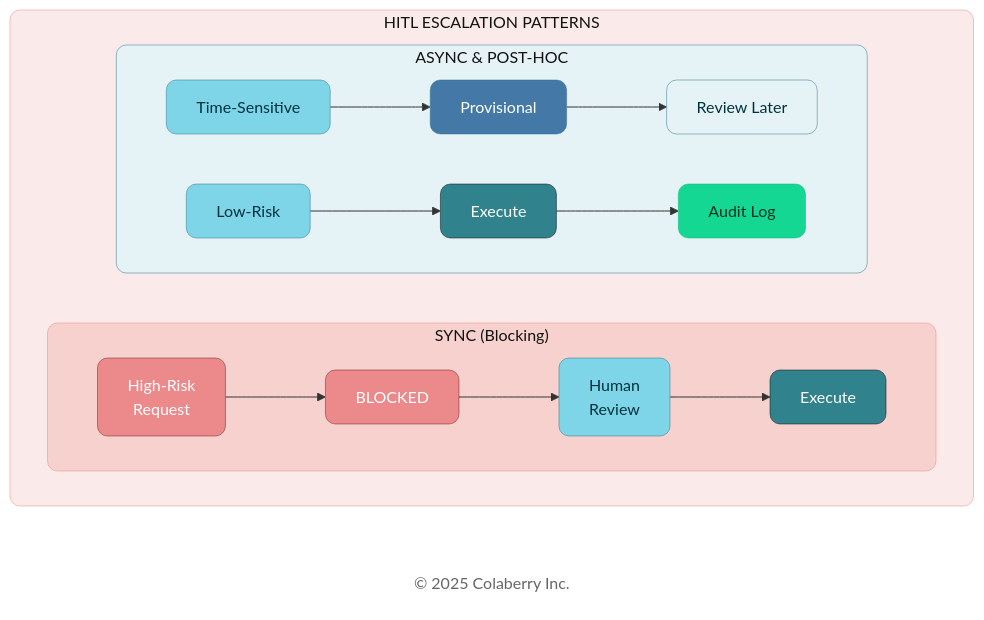
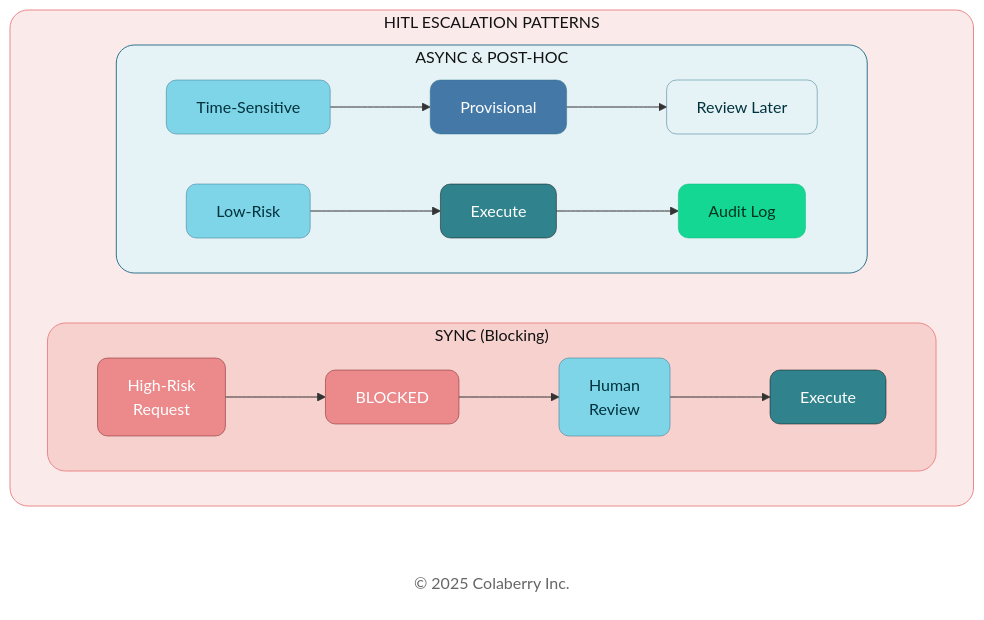
Before and after one commit to saitejesh-cyber/trust-before-intelligence-book: the sixth of 14 diagrams in manuscript/07_chapter_6_transparency_orchestration_layers.md, drawn with Mermaid. The commit also changed other lines of this file and 12 other files, not shown here.

````diff
--- a/manuscript/07_chapter_6_transparency_orchestration_layers.md
+++ b/manuscript/07_chapter_6_transparency_orchestration_layers.md
@@ -501,35 +505,35 @@
 ```mermaid
 
 graph LR
     subgraph HITL["HITL ESCALATION PATTERNS"]
         direction LR
         subgraph SYNC["SYNC (Blocking)"]
             direction LR
             S1["High-Risk<br/>Request"] --> S2["BLOCKED"] --> S3["Human<br/>Review"] --> S4["Execute"]
         end
         
         subgraph ASYNC["ASYNC & POST-HOC"]
             direction LR
             A1["Time-Sensitive"] --> A2["Provisional"] --> A3["Review Later"]
             P1["Low-Risk"] --> P2["Execute"] --> P3["Audit Log"]
         end
     end
     
     Copyright["© 2025 Colaberry Inc."]
     
-    style HITL fill:#FBEAEA,stroke:#EB898B,stroke-width:0.5px,color:#121212,rx:10,ry:10
-    style SYNC fill:#F6D1CE,stroke:#EB898B,stroke-width:0.5px,color:#121212,rx:10,ry:10
-    style ASYNC fill:#E6F3F6,stroke:#32738C,stroke-width:0.5px,color:#121212,rx:10,ry:10
+    style HITL fill:#FBEAEA,stroke:#EB898B,stroke-width:1px,color:#121212,rx:18,ry:18
+    style SYNC fill:#F6D1CE,stroke:#EB898B,stroke-width:1px,color:#121212,rx:18,ry:18
+    style ASYNC fill:#E6F3F6,stroke:#32738C,stroke-width:1px,color:#121212,rx:18,ry:18
     style S1 fill:#EB898B,color:#ffffff,stroke:#7A1F22,stroke-width:0.5px,rx:10,ry:10
     style S2 fill:#EB898B,color:#ffffff,stroke:#7A1F22,stroke-width:0.5px,rx:10,ry:10
     style S3 fill:#7FD5E8,stroke:#32738C,stroke-width:0.5px,color:#00323D,rx:10,ry:10
     style S4 fill:#30838C,color:#ffffff,stroke:#0D0D0D,stroke-width:0.5px,rx:10,ry:10
     style A1 fill:#7FD5E8,stroke:#32738C,stroke-width:0.5px,color:#00323D,rx:10,ry:10
     style A2 fill:#4478A6,stroke:#32738C,stroke-width:0.5px,color:#ffffff,rx:10,ry:10
     style A3 fill:#E6F3F6,stroke:#32738C,stroke-width:0.5px,color:#00323D,rx:10,ry:10
     style P1 fill:#7FD5E8,stroke:#32738C,stroke-width:0.5px,color:#00323D,rx:10,ry:10
     style P2 fill:#30838C,color:#ffffff,stroke:#0D0D0D,stroke-width:0.5px,rx:10,ry:10
     style P3 fill:#14D793,color:#003322,stroke:#0FB67D,stroke-width:0.5px,rx:10,ry:10
     style Copyright fill:none,stroke:none,color:#666666
 
 ```
````
